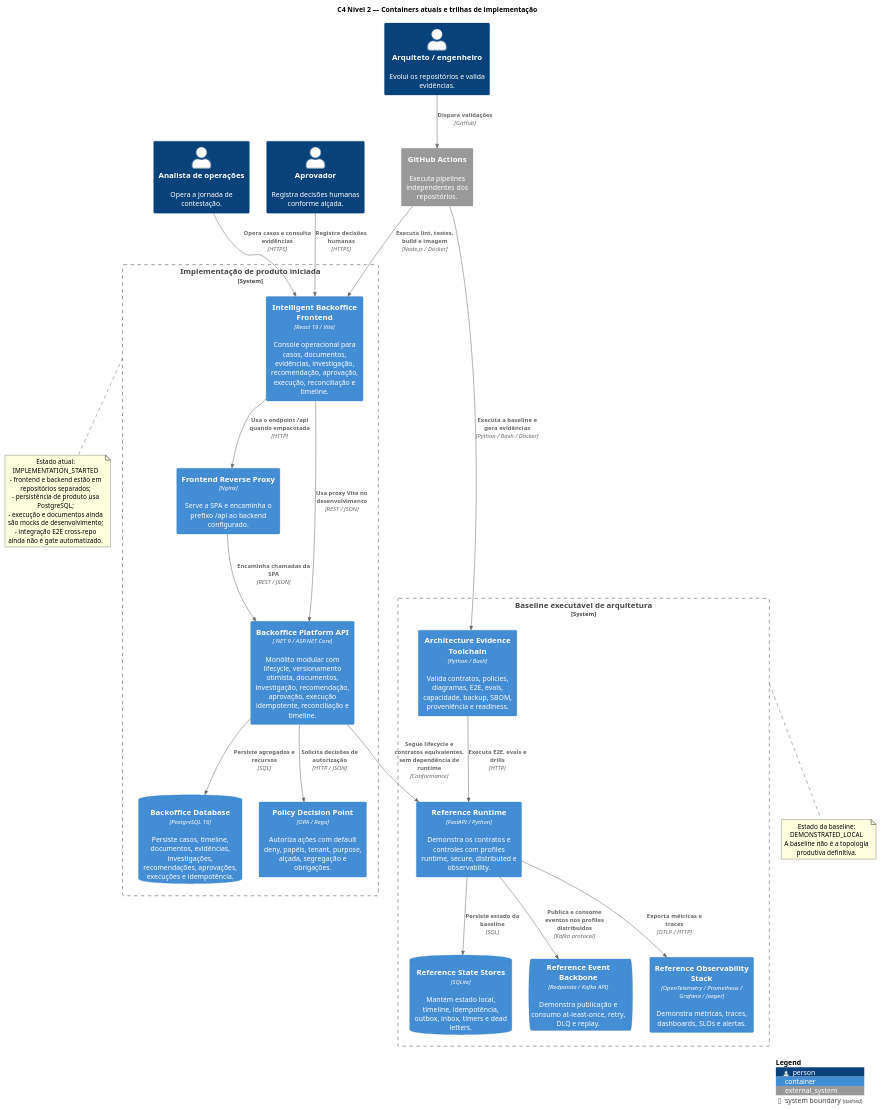
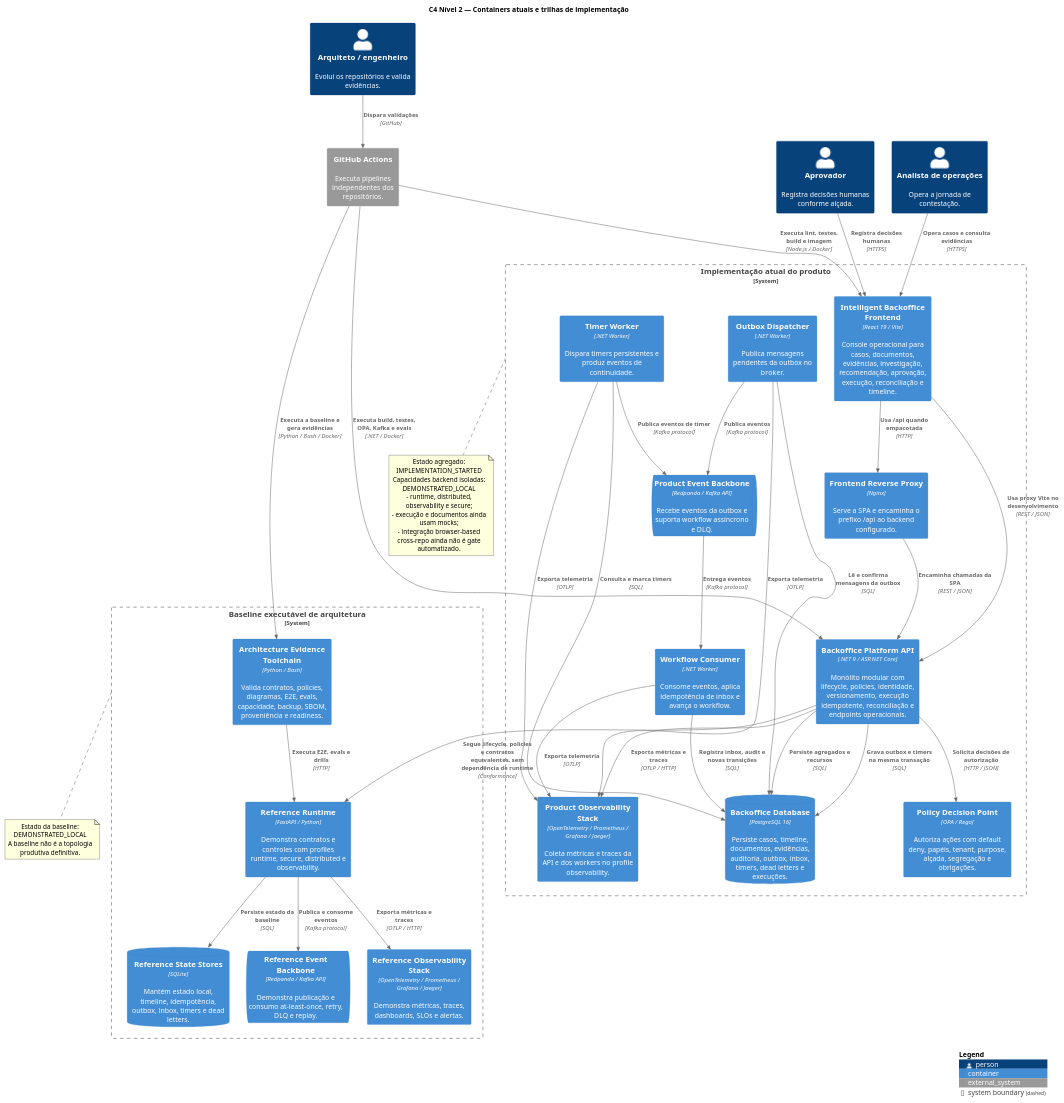
The diagram in C4/c4-container-current.puml (leandrosflora/intelligent-backoffice-platform-architecture), drawn with PlantUML before and after one commit.

Commit message:
update current product container diagram

```diff
--- a/C4/c4-container-current.puml
+++ b/C4/c4-container-current.puml
@@ -1,61 +1,78 @@
 @startuml
 !include <C4/C4_Container>
 
 title C4 Nível 2 — Containers atuais e trilhas de implementação
 LAYOUT_TOP_DOWN()
 
 Person(analyst, "Analista de operações", "Opera a jornada de contestação.")
 Person(approver, "Aprovador", "Registra decisões humanas conforme alçada.")
 Person(engineer, "Arquiteto / engenheiro", "Evolui os repositórios e valida evidências.")
 
-System_Boundary(product, "Implementação de produto iniciada") {
+System_Boundary(product, "Implementação atual do produto") {
   Container(spa, "Intelligent Backoffice Frontend", "React 19 / Vite", "Console operacional para casos, documentos, evidências, investigação, recomendação, aprovação, execução, reconciliação e timeline.")
   Container(reverseProxy, "Frontend Reverse Proxy", "Nginx", "Serve a SPA e encaminha o prefixo /api ao backend configurado.")
-  Container(api, "Backoffice Platform API", ".NET 9 / ASP.NET Core", "Monólito modular com lifecycle, versionamento otimista, documentos, investigação, recomendação, aprovação, execução idempotente, reconciliação e timeline.")
-  ContainerDb(postgres, "Backoffice Database", "PostgreSQL 16", "Persiste casos, timeline, documentos, evidências, investigações, recomendações, aprovações, execuções e idempotência.")
+  Container(api, "Backoffice Platform API", ".NET 9 / ASP.NET Core", "Monólito modular com lifecycle, policies, identidade, versionamento, execução idempotente, reconciliação e endpoints operacionais.")
+  ContainerDb(postgres, "Backoffice Database", "PostgreSQL 16", "Persiste casos, timeline, documentos, evidências, auditoria, outbox, inbox, timers, dead letters e execuções.")
   Container(opaProduct, "Policy Decision Point", "OPA / Rego", "Autoriza ações com default deny, papéis, tenant, purpose, alçada, segregação e obrigações.")
+  ContainerQueue(redpandaProduct, "Product Event Backbone", "Redpanda / Kafka API", "Recebe eventos da outbox e suporta workflow assíncrono e DLQ.")
+  Container(outboxWorker, "Outbox Dispatcher", ".NET Worker", "Publica mensagens pendentes da outbox no broker.")
+  Container(workflowWorker, "Workflow Consumer", ".NET Worker", "Consome eventos, aplica idempotência de inbox e avança o workflow.")
+  Container(timerWorker, "Timer Worker", ".NET Worker", "Dispara timers persistentes e produz eventos de continuidade.")
+  Container(observabilityProduct, "Product Observability Stack", "OpenTelemetry / Prometheus / Grafana / Jaeger", "Coleta métricas e traces da API e dos workers no profile observability.")
 }
 
 System_Boundary(reference, "Baseline executável de arquitetura") {
-  Container(referenceApi, "Reference Runtime", "FastAPI / Python", "Demonstra os contratos e controles com profiles runtime, secure, distributed e observability.")
+  Container(referenceApi, "Reference Runtime", "FastAPI / Python", "Demonstra contratos e controles com profiles runtime, secure, distributed e observability.")
   ContainerDb(sqlite, "Reference State Stores", "SQLite", "Mantém estado local, timeline, idempotência, outbox, inbox, timers e dead letters.")
   ContainerQueue(redpanda, "Reference Event Backbone", "Redpanda / Kafka API", "Demonstra publicação e consumo at-least-once, retry, DLQ e replay.")
   Container(observability, "Reference Observability Stack", "OpenTelemetry / Prometheus / Grafana / Jaeger", "Demonstra métricas, traces, dashboards, SLOs e alertas.")
   Container(toolchain, "Architecture Evidence Toolchain", "Python / Bash", "Valida contratos, policies, diagramas, E2E, evals, capacidade, backup, SBOM, proveniência e readiness.")
 }
 
 System_Ext(actions, "GitHub Actions", "Executa pipelines independentes dos repositórios.")
 
 Rel(analyst, spa, "Opera casos e consulta evidências", "HTTPS")
 Rel(approver, spa, "Registra decisões humanas", "HTTPS")
-Rel(spa, reverseProxy, "Usa o endpoint /api quando empacotada", "HTTP")
+Rel(spa, reverseProxy, "Usa /api quando empacotada", "HTTP")
 Rel(reverseProxy, api, "Encaminha chamadas da SPA", "REST / JSON")
 Rel(spa, api, "Usa proxy Vite no desenvolvimento", "REST / JSON")
 Rel(api, postgres, "Persiste agregados e recursos", "SQL")
 Rel(api, opaProduct, "Solicita decisões de autorização", "HTTP / JSON")
+Rel(api, postgres, "Grava outbox e timers na mesma transação", "SQL")
+Rel(outboxWorker, postgres, "Lê e confirma mensagens da outbox", "SQL")
+Rel(outboxWorker, redpandaProduct, "Publica eventos", "Kafka protocol")
+Rel(redpandaProduct, workflowWorker, "Entrega eventos", "Kafka protocol")
+Rel(workflowWorker, postgres, "Registra inbox, audit e novas transições", "SQL")
+Rel(timerWorker, postgres, "Consulta e marca timers", "SQL")
+Rel(timerWorker, redpandaProduct, "Publica eventos de timer", "Kafka protocol")
+Rel(api, observabilityProduct, "Exporta métricas e traces", "OTLP / HTTP")
+Rel(outboxWorker, observabilityProduct, "Exporta telemetria", "OTLP")
+Rel(workflowWorker, observabilityProduct, "Exporta telemetria", "OTLP")
+Rel(timerWorker, observabilityProduct, "Exporta telemetria", "OTLP")
 
 Rel(engineer, actions, "Dispara validações", "GitHub")
 Rel(actions, spa, "Executa lint, testes, build e imagem", "Node.js / Docker")
+Rel(actions, api, "Executa build, testes, OPA, Kafka e evals", ".NET / Docker")
 Rel(actions, toolchain, "Executa a baseline e gera evidências", "Python / Bash / Docker")
 Rel(toolchain, referenceApi, "Executa E2E, evals e drills", "HTTP")
 Rel(referenceApi, sqlite, "Persiste estado da baseline", "SQL")
-Rel(referenceApi, redpanda, "Publica e consome eventos nos profiles distribuídos", "Kafka protocol")
+Rel(referenceApi, redpanda, "Publica e consome eventos", "Kafka protocol")
 Rel(referenceApi, observability, "Exporta métricas e traces", "OTLP / HTTP")
 
-Rel(api, referenceApi, "Segue lifecycle e contratos equivalentes, sem dependência de runtime", "Conformance")
+Rel(api, referenceApi, "Segue lifecycle, policies e contratos equivalentes, sem dependência de runtime", "Conformance")
 
 note bottom of product
-Estado atual: IMPLEMENTATION_STARTED
-- frontend e backend estão em repositórios separados;
-- persistência de produto usa PostgreSQL;
-- execução e documentos ainda são mocks de desenvolvimento;
-- integração E2E cross-repo ainda não é gate automatizado.
+Estado agregado: IMPLEMENTATION_STARTED
+Capacidades backend isoladas: DEMONSTRATED_LOCAL
+- runtime, distributed, observability e secure;
+- execução e documentos ainda usam mocks;
+- integração browser-based cross-repo ainda não é gate automatizado.
 end note
 
 note bottom of reference
 Estado da baseline: DEMONSTRATED_LOCAL
 A baseline não é a topologia produtiva definitiva.
 end note
 
 SHOW_LEGEND()
 @enduml
```
